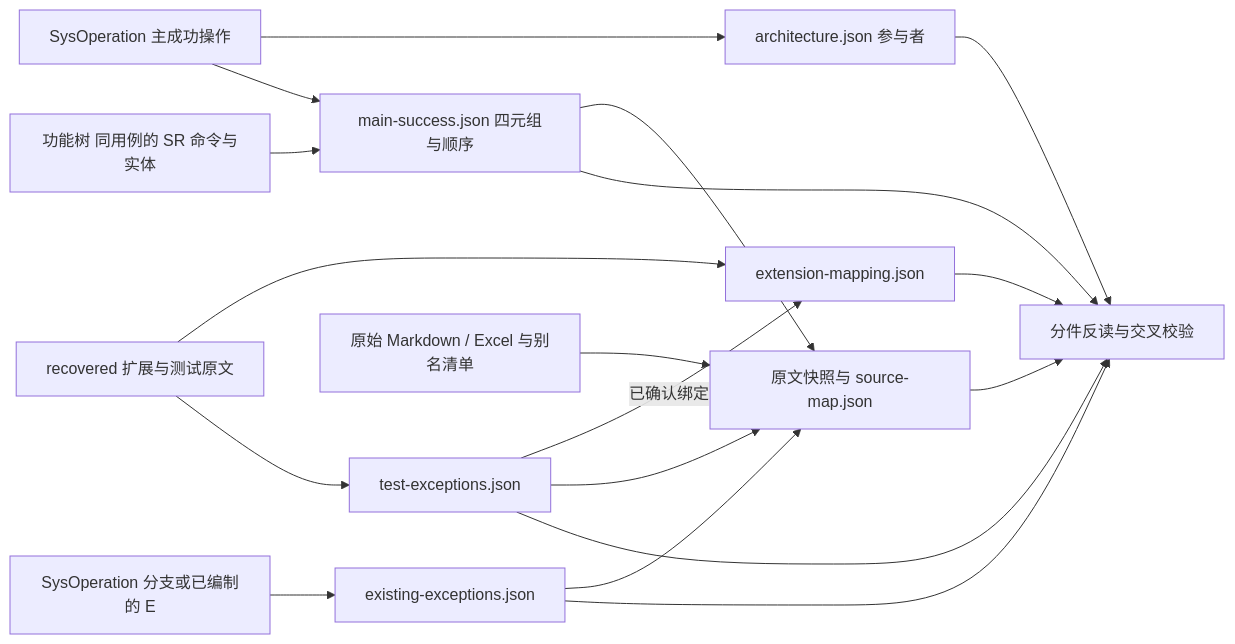
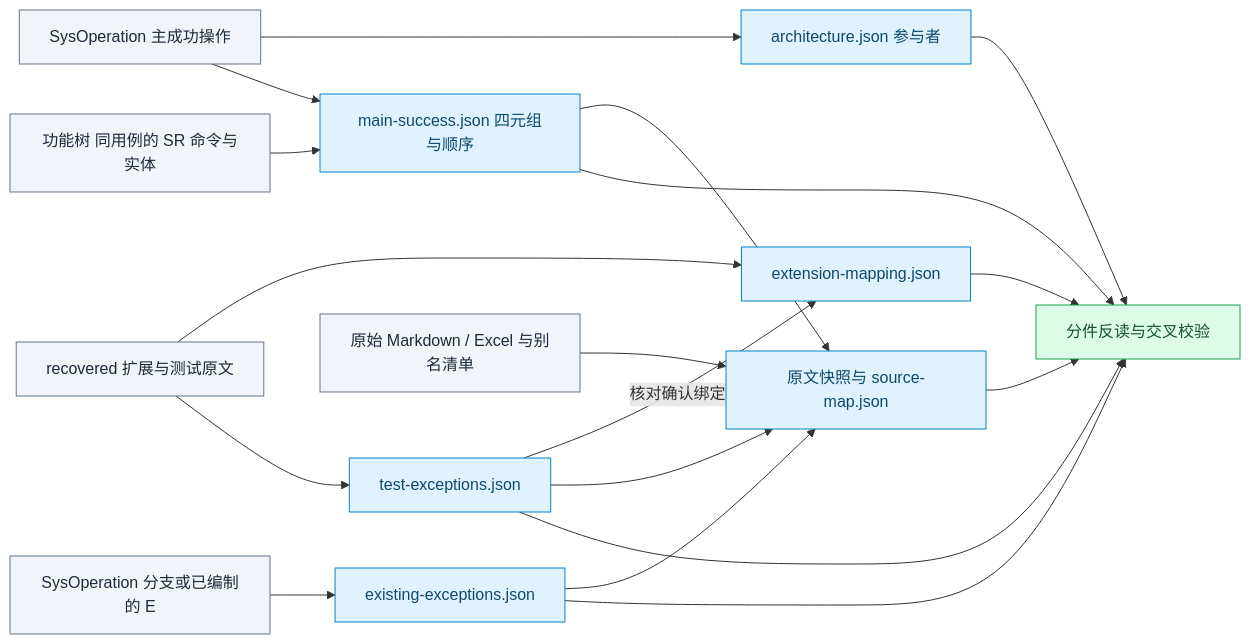
One commit to Yangkailiang1/Scene_Completion changed the first of 2 diagrams in docs/architecture/ssd-walkthrough.md. Above: the diagram before and after it, drawn with Mermaid. The commit also changed other lines of this file and 13 other files, not shown here.

````diff
--- a/docs/architecture/ssd-walkthrough.md
+++ b/docs/architecture/ssd-walkthrough.md
@@ -15,20 +15,27 @@
 ```mermaid
 flowchart LR
     S[SysOperation 主成功操作] --> A[architecture.json 参与者]
     S --> M[main-success.json 四元组与顺序]
     F[功能树 同用例的 SR 命令与实体] --> M
     B[SysOperation 分支或已编制的 E] --> E[existing-exceptions.json]
     T[recovered 扩展与测试原文] --> X[extension-mapping.json]
     T --> GT[test-exceptions.json]
-    GT -->|已确认绑定| X
+    GT -->|核对确认绑定| X
     O[原始 Markdown / Excel 与别名清单] --> P[原文快照与 source-map.json]
     M --> P
     E --> P
     GT --> P
     A --> V[分件反读与交叉校验]
     M --> V
     E --> V
     X --> V
     GT --> V
     P --> V
+
+    classDef files fill:#f1f5f9,stroke:#64748b,color:#1e293b
+    classDef core fill:#e0f2fe,stroke:#0284c7,color:#0c4a6e
+    classDef validated fill:#dcfce7,stroke:#16a34a,color:#14532d
+    class S,F,B,T,O files
+    class A,M,E,X,GT,P core
+    class V validated
 ```
````
